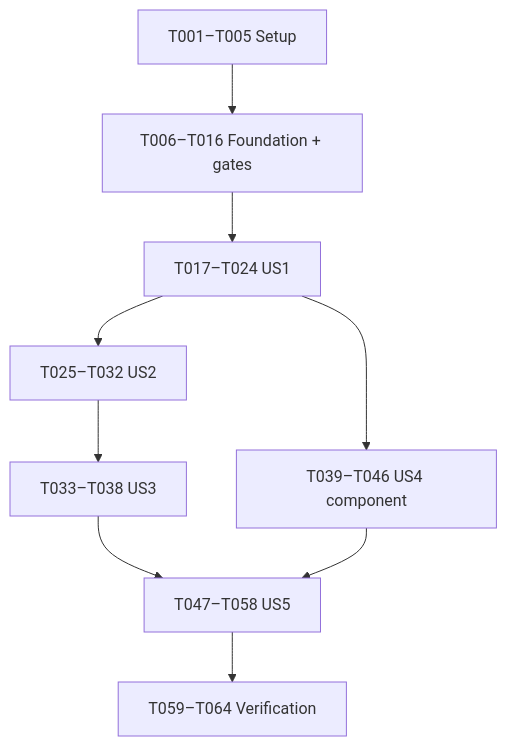
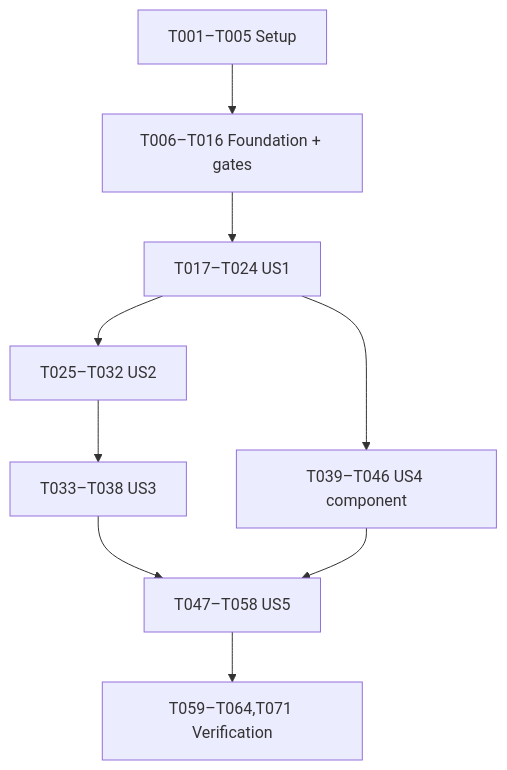
Before and after one commit to HuyDoDevv/student-topic-management: the diagram in specs/001-topic-registration/tasks.md, drawn with Mermaid. The commit also changed other lines of this file and 6 other files, not shown here.

````diff
--- a/specs/001-topic-registration/tasks.md
+++ b/specs/001-topic-registration/tasks.md
@@ -243,11 +245,11 @@
 ```mermaid
 flowchart TD
   S["T001–T005 Setup"] --> F["T006–T016 Foundation + gates"]
   F --> U1["T017–T024 US1"]
   U1 --> U2["T025–T032 US2"]
   U2 --> U3["T033–T038 US3"]
   U1 --> U4["T039–T046 US4 component"]
   U3 --> U5["T047–T058 US5"]
   U4 --> U5
-  U5 --> P["T059–T064 Verification"]
+  U5 --> P["T059–T064,T071 Verification"]
 ```
````
